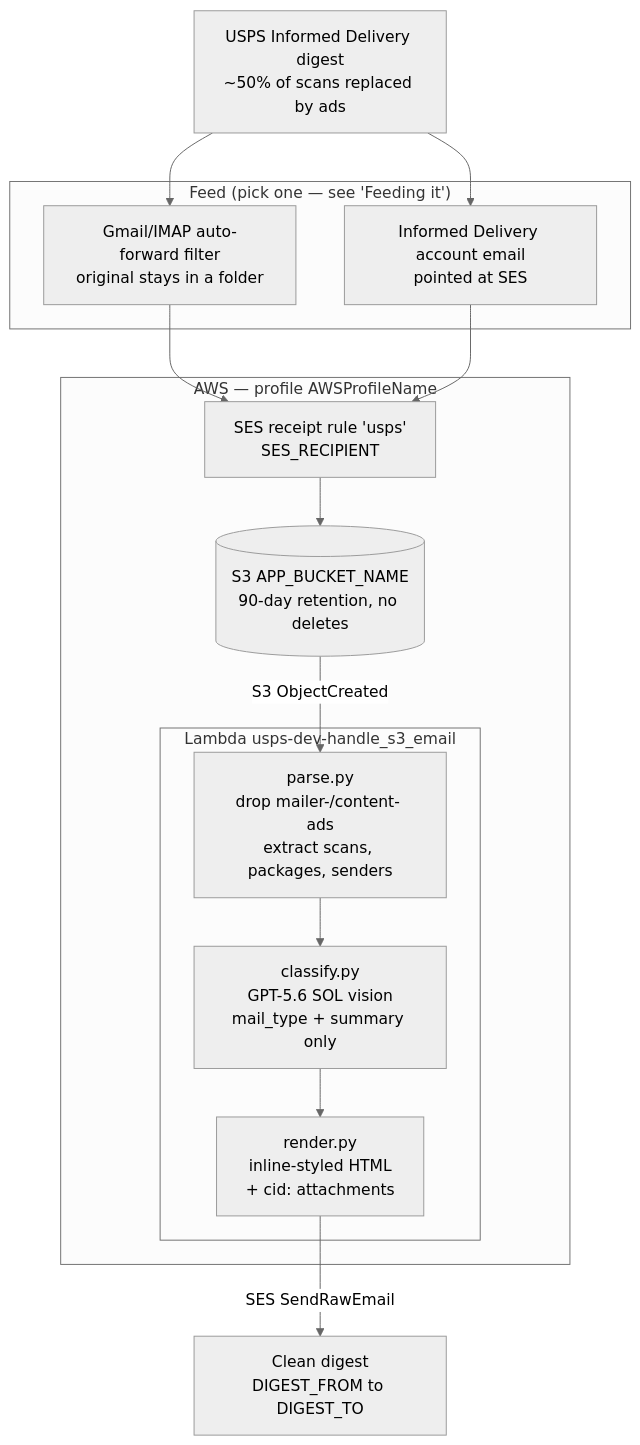
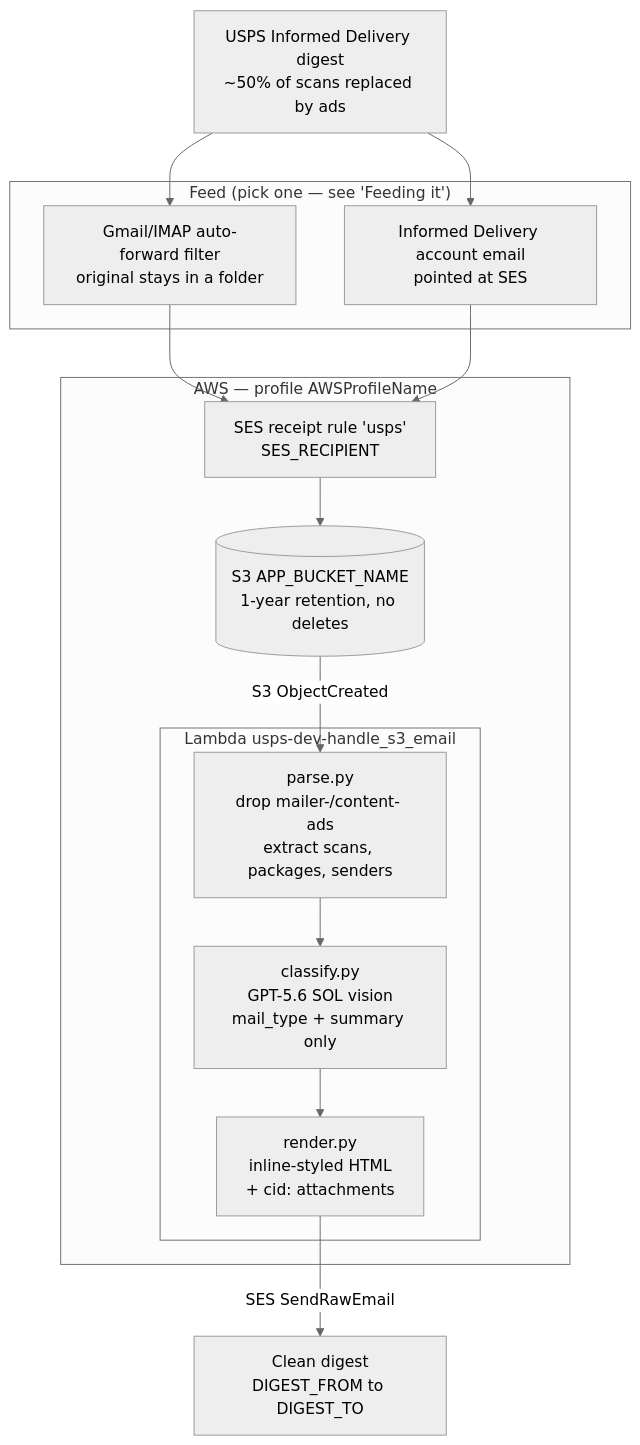
Before and after one commit to ventz/usps-informed-delivery-no-ads: the diagram in README.md, drawn with Mermaid (neutral theme). The commit also changed other lines of this file and 3 other files, not shown here.

````diff
--- a/README.md
+++ b/README.md
@@ -88,31 +88,31 @@
 ```mermaid
 flowchart TD
     A["USPS Informed Delivery digest<br/>~50% of scans replaced by ads"]
 
     subgraph feed ["Feed (pick one — see 'Feeding it')"]
         F1["Gmail/IMAP auto-forward filter<br/>original stays in a folder"]
         F2["Informed Delivery account email<br/>pointed at SES"]
     end
 
     subgraph aws ["AWS — profile AWSProfileName"]
         B["SES receipt rule 'usps'<br/>SES_RECIPIENT"]
-        C[("S3 APP_BUCKET_NAME<br/>90-day retention, no deletes")]
+        C[("S3 APP_BUCKET_NAME<br/>1-year retention, no deletes")]
         subgraph lambda ["Lambda usps-dev-handle_s3_email"]
             D["parse.py<br/>drop mailer-/content- ads<br/>extract scans, packages, senders"]
             E["classify.py<br/>GPT-5.6 SOL vision<br/>mail_type + summary only"]
             G["render.py<br/>inline-styled HTML<br/>+ cid: attachments"]
         end
     end
 
     H["Clean digest<br/>DIGEST_FROM to DIGEST_TO"]
 
     A --> F1
     A --> F2
     F1 --> B
     F2 --> B
     B --> C
     C -->|"S3 ObjectCreated"| D
     D --> E
     E --> G
     G -->|"SES SendRawEmail"| H
 ```
````
